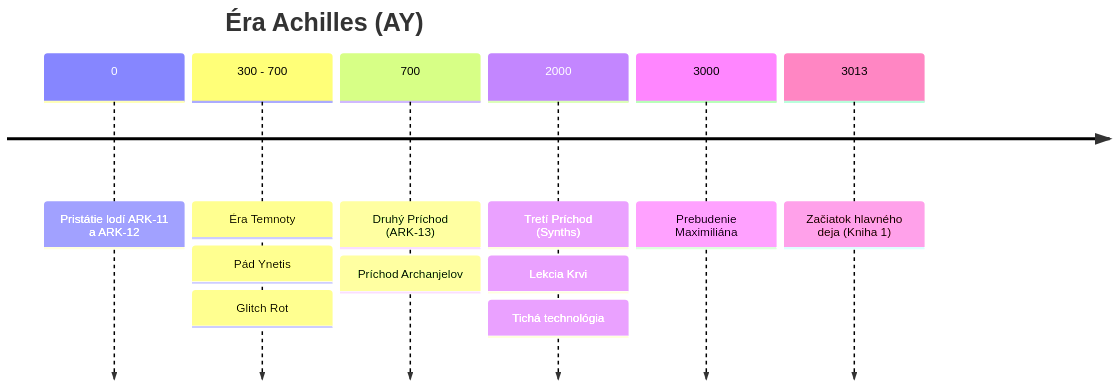
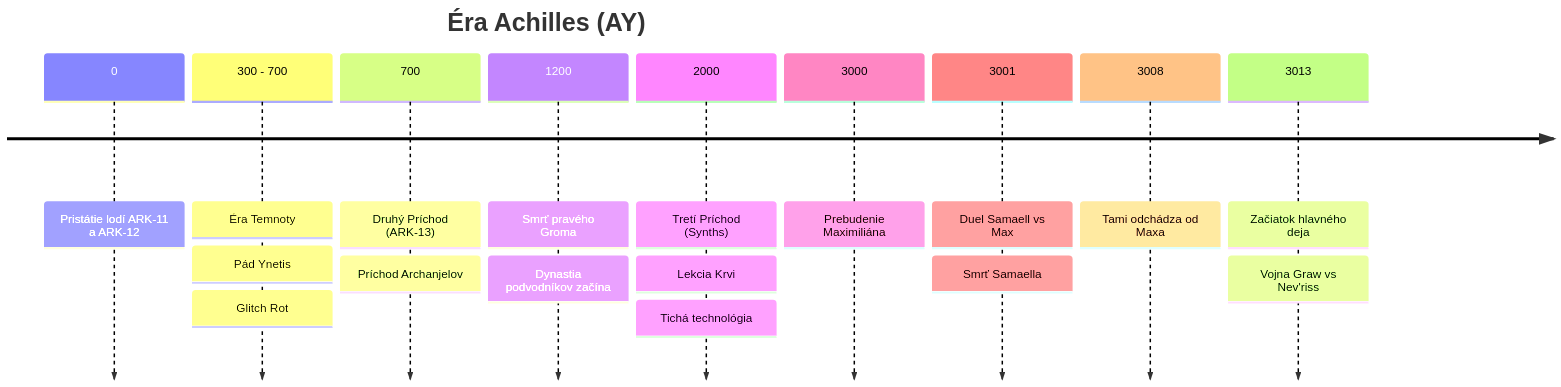
Before and after one commit to BranLang/null-void: the second of 2 diagrams in World-Bible/01-timeline.md, drawn with Mermaid. The commit also changed other lines of this file and 8 other files, not shown here.

````diff
--- a/World-Bible/01-timeline.md
+++ b/World-Bible/01-timeline.md
@@ -25,10 +25,13 @@
 ```mermaid
 timeline
     title Éra Achilles (AY)
     0 : Pristátie lodí ARK-11 a ARK-12
     300 - 700 : Éra Temnoty : Pád Ynetis : Glitch Rot
     700 : Druhý Príchod (ARK-13) : Príchod Archanjelov
+    1200 : Smrť pravého Groma : Dynastia podvodníkov začína
     2000 : Tretí Príchod (Synths) : Lekcia Krvi : Tichá technológia
     3000 : Prebudenie Maximiliána
-    3013 : Začiatok hlavného deja (Kniha 1)
+    3001 : Duel Samaell vs Max : Smrť Samaella
+    3008 : Tami odchádza od Maxa
+    3013 : Začiatok hlavného deja : Vojna Graw vs Nev'riss
 ```
````
